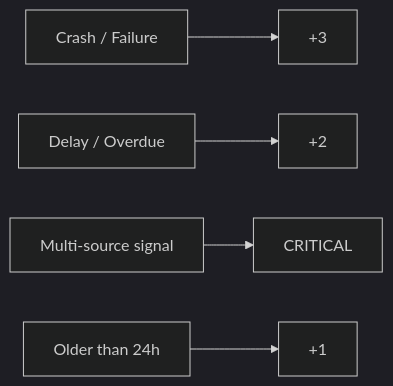
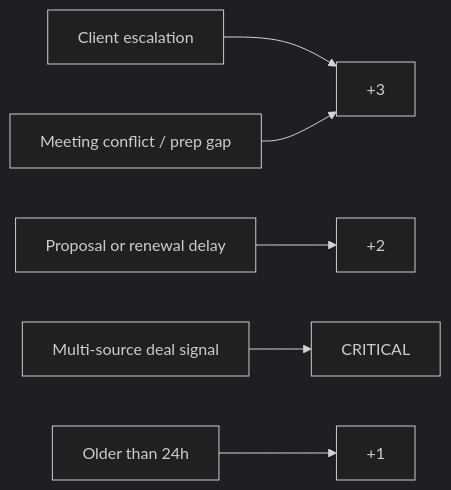
The third of 3 diagrams in README.md (sid0803/heartbeat-script), drawn with Mermaid (dark theme) before and after one commit. The commit also changed other lines of this file and 27 other files, not shown here.

````diff
--- a/README.md
+++ b/README.md
@@ -161,7 +164,8 @@
 ```mermaid
 graph LR
-    A[Crash / Failure] --> +3
-    B[Delay / Overdue] --> +2
-    C[Multi-source signal] --> CRITICAL
-    D[Older than 24h] --> +1
+    A[Client escalation] --> +3
+    B[Meeting conflict / prep gap] --> +3
+    C[Proposal or renewal delay] --> +2
+    D[Multi-source deal signal] --> CRITICAL
+    E[Older than 24h] --> +1
 ```
````
